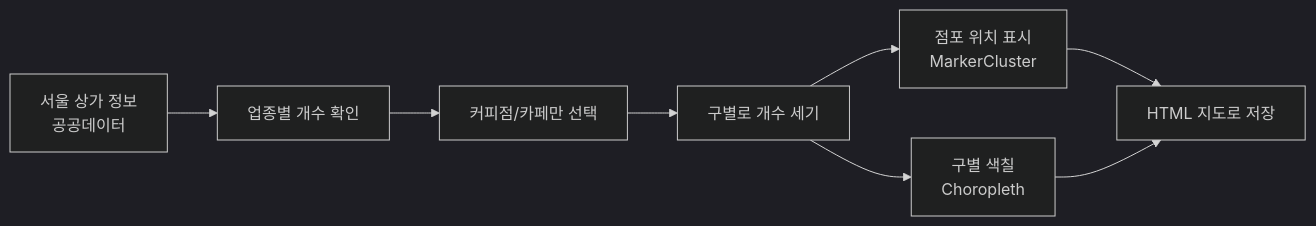
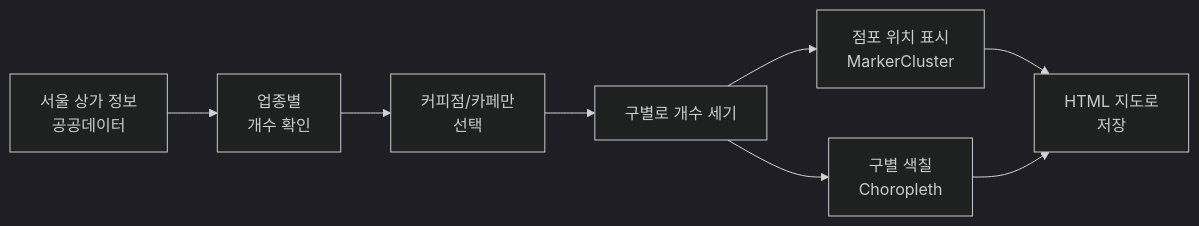
Before and after one commit to mjk022/portfolio: the diagram in 지도시각화/README.md, drawn with Mermaid (dark theme). The commit also changed 142 other files, not shown here.

Commit message:
추천시스템 웹 체험 페이지 추가, mermaid 라벨 줄바꿈 정리

````diff
--- a/지도시각화/README.md
+++ b/지도시각화/README.md
@@ -24,9 +24,9 @@
 ```mermaid
 flowchart LR
-    A[서울 상가 정보<br/>공공데이터] --> B[업종별 개수 확인]
-    B --> C[커피점/카페만 선택]
+    A[서울 상가 정보<br/>공공데이터] --> B[업종별<br/>개수 확인]
+    B --> C[커피점/카페만<br/>선택]
     C --> D[구별로 개수 세기]
     D --> E1[점포 위치 표시<br/>MarkerCluster]
     D --> E2[구별 색칠<br/>Choropleth]
-    E1 & E2 --> F[HTML 지도로 저장]
+    E1 & E2 --> F[HTML 지도로<br/>저장]
 ```
````
